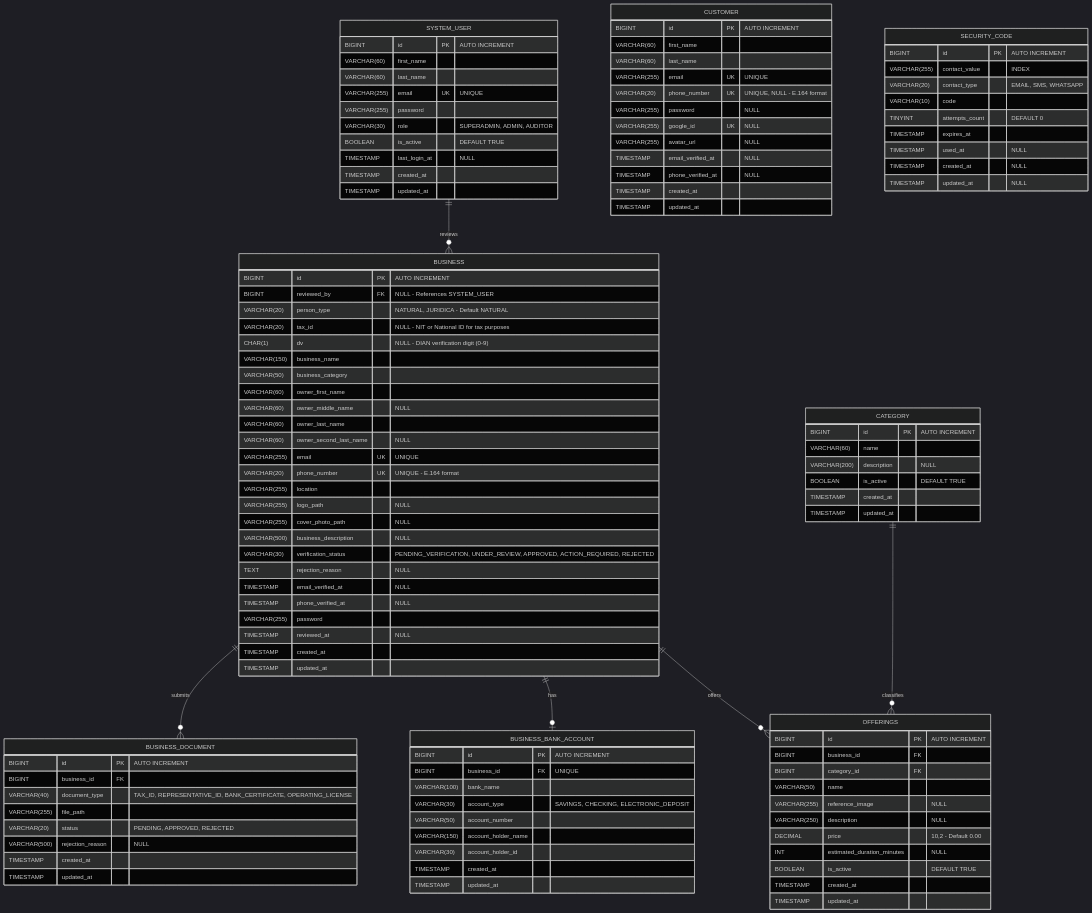
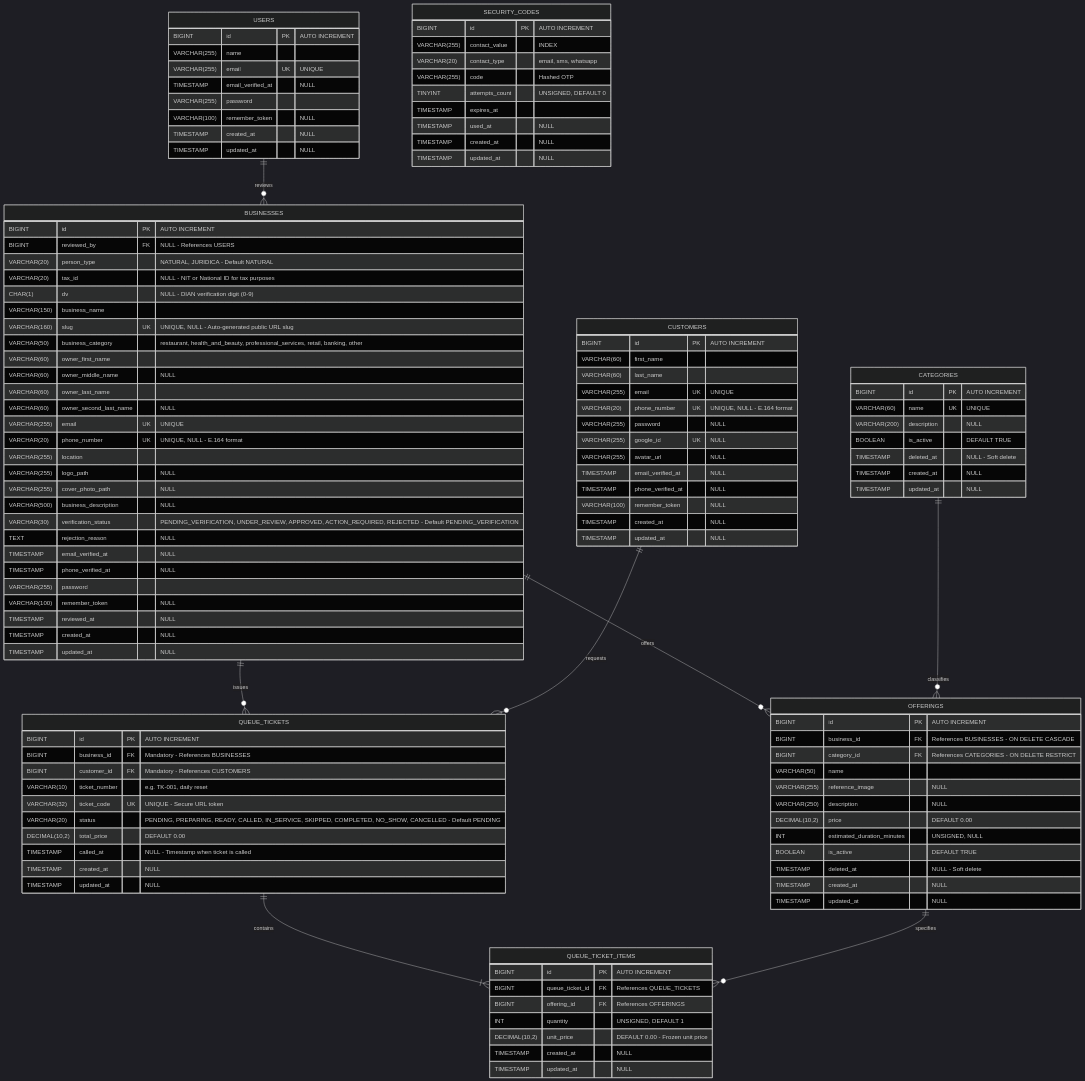
One commit to one-centavo/turnex changed the diagram in docs/design/database/entity-relationship-diagram.md. Above: the diagram before and after it, drawn with Mermaid (dark theme). The commit also changed 4 other files, not shown here.

Commit message:
docs(design): update database diagrams, class dictionary, and use case model

````diff
--- a/docs/design/database/entity-relationship-diagram.md
+++ b/docs/design/database/entity-relationship-diagram.md
@@ -1,25 +1,25 @@
 ```mermaid
 erDiagram
-SYSTEM_USER ||--o{ BUSINESS : reviews
-BUSINESS ||--o{ OFFERINGS : offers
-BUSINESS ||--o| BUSINESS_BANK_ACCOUNT : has
-BUSINESS ||--o{ BUSINESS_DOCUMENT : submits
-CATEGORY ||--o{ OFFERINGS : classifies
+USERS ||--o{ BUSINESSES : reviews
+BUSINESSES ||--o{ OFFERINGS : offers
+CATEGORIES ||--o{ OFFERINGS : classifies
+BUSINESSES ||--o{ QUEUE_TICKETS : issues
+CUSTOMERS ||--o{ QUEUE_TICKETS : requests
+QUEUE_TICKETS ||--|{ QUEUE_TICKET_ITEMS : contains
+OFFERINGS ||--o{ QUEUE_TICKET_ITEMS : specifies
 
-    SYSTEM_USER {
+    USERS {
         BIGINT id PK "AUTO INCREMENT"
-        VARCHAR(60) first_name
-        VARCHAR(60) last_name
+        VARCHAR(255) name
         VARCHAR(255) email UK "UNIQUE"
+        TIMESTAMP email_verified_at "NULL"
         VARCHAR(255) password
-        VARCHAR(30) role "SUPERADMIN, ADMIN, AUDITOR"
-        BOOLEAN is_active "DEFAULT TRUE"
-        TIMESTAMP last_login_at "NULL"
-        TIMESTAMP created_at
-        TIMESTAMP updated_at
+        VARCHAR(100) remember_token "NULL"
+        TIMESTAMP created_at "NULL"
+        TIMESTAMP updated_at "NULL"
     }
 
-    CUSTOMER {
+    CUSTOMERS {
         BIGINT id PK "AUTO INCREMENT"
         VARCHAR(60) first_name
         VARCHAR(60) last_name
@@ -30,93 +30,98 @@
         VARCHAR(255) avatar_url "NULL"
         TIMESTAMP email_verified_at "NULL"
         TIMESTAMP phone_verified_at "NULL"
-        TIMESTAMP created_at
-        TIMESTAMP updated_at
+        VARCHAR(100) remember_token "NULL"
+        TIMESTAMP created_at "NULL"
+        TIMESTAMP updated_at "NULL"
     }
 
-    BUSINESS {
+    BUSINESSES {
         BIGINT id PK "AUTO INCREMENT"
-        BIGINT reviewed_by FK "NULL - References SYSTEM_USER"
+        BIGINT reviewed_by FK "NULL - References USERS"
         VARCHAR(20) person_type "NATURAL, JURIDICA - Default NATURAL"
         VARCHAR(20) tax_id "NULL - NIT or National ID for tax purposes"
         CHAR(1) dv "NULL - DIAN verification digit (0-9)"
         VARCHAR(150) business_name
-        VARCHAR(50) business_category
+        VARCHAR(160) slug UK "UNIQUE, NULL - Auto-generated public URL slug"
+        VARCHAR(50) business_category "restaurant, health_and_beauty, professional_services, retail, banking, other"
         VARCHAR(60) owner_first_name
         VARCHAR(60) owner_middle_name "NULL"
         VARCHAR(60) owner_last_name
         VARCHAR(60) owner_second_last_name "NULL"
         VARCHAR(255) email UK "UNIQUE"
-        VARCHAR(20) phone_number UK "UNIQUE - E.164 format"
+        VARCHAR(20) phone_number UK "UNIQUE, NULL - E.164 format"
         VARCHAR(255) location
         VARCHAR(255) logo_path "NULL"
         VARCHAR(255) cover_photo_path "NULL"
         VARCHAR(500) business_description "NULL"
-        VARCHAR(30) verification_status "PENDING_VERIFICATION, UNDER_REVIEW, APPROVED, ACTION_REQUIRED, REJECTED"
+        VARCHAR(30) verification_status "PENDING_VERIFICATION, UNDER_REVIEW, APPROVED, ACTION_REQUIRED, REJECTED - Default PENDING_VERIFICATION"
         TEXT rejection_reason "NULL"
         TIMESTAMP email_verified_at "NULL"
         TIMESTAMP phone_verified_at "NULL"
         VARCHAR(255) password
+        VARCHAR(100) remember_token "NULL"
         TIMESTAMP reviewed_at "NULL"
-        TIMESTAMP created_at
-        TIMESTAMP updated_at
+        TIMESTAMP created_at "NULL"
+        TIMESTAMP updated_at "NULL"
     }
 
-    BUSINESS_BANK_ACCOUNT {
+    CATEGORIES {
         BIGINT id PK "AUTO INCREMENT"
-        BIGINT business_id FK "UNIQUE"
-        VARCHAR(100) bank_name
-        VARCHAR(30) account_type "SAVINGS, CHECKING, ELECTRONIC_DEPOSIT"
-        VARCHAR(50) account_number
-        VARCHAR(150) account_holder_name
-        VARCHAR(30) account_holder_id
-        TIMESTAMP created_at
-        TIMESTAMP updated_at
-    }
-
-    BUSINESS_DOCUMENT {
-        BIGINT id PK "AUTO INCREMENT"
-        BIGINT business_id FK
-        VARCHAR(40) document_type "TAX_ID, REPRESENTATIVE_ID, BANK_CERTIFICATE, OPERATING_LICENSE"
-        VARCHAR(255) file_path
-        VARCHAR(20) status "PENDING, APPROVED, REJECTED"
-        VARCHAR(500) rejection_reason "NULL"
-        TIMESTAMP created_at
-        TIMESTAMP updated_at
-    }
-
-    CATEGORY {
-        BIGINT id PK "AUTO INCREMENT"
-        VARCHAR(60) name
+        VARCHAR(60) name UK "UNIQUE"
         VARCHAR(200) description "NULL"
         BOOLEAN is_active "DEFAULT TRUE"
-        TIMESTAMP created_at
-        TIMESTAMP updated_at
+        TIMESTAMP deleted_at "NULL - Soft delete"
+        TIMESTAMP created_at "NULL"
+        TIMESTAMP updated_at "NULL"
     }
 
     OFFERINGS {
         BIGINT id PK "AUTO INCREMENT"
-        BIGINT business_id FK
-        BIGINT category_id FK
+        BIGINT business_id FK "References BUSINESSES - ON DELETE CASCADE"
+        BIGINT category_id FK "References CATEGORIES - ON DELETE RESTRICT"
         VARCHAR(50) name
         VARCHAR(255) reference_image "NULL"
         VARCHAR(250) description "NULL"
-        DECIMAL price "10,2 - Default 0.00"
-        INT estimated_duration_minutes "NULL"
+        DECIMAL(10,2) price "DEFAULT 0.00"
+        INT estimated_duration_minutes "UNSIGNED, NULL"
         BOOLEAN is_active "DEFAULT TRUE"
-        TIMESTAMP created_at
-        TIMESTAMP updated_at
+        TIMESTAMP deleted_at "NULL - Soft delete"
+        TIMESTAMP created_at "NULL"
+        TIMESTAMP updated_at "NULL"
     }
 
-    SECURITY_CODE {
+    SECURITY_CODES {
         BIGINT id PK "AUTO INCREMENT"
         VARCHAR(255) contact_value "INDEX"
-        VARCHAR(20) contact_type "EMAIL, SMS, WHATSAPP"
-        VARCHAR(10) code
-        TINYINT attempts_count "DEFAULT 0"
+        VARCHAR(20) contact_type "email, sms, whatsapp"
+        VARCHAR(255) code "Hashed OTP"
+        TINYINT attempts_count "UNSIGNED, DEFAULT 0"
         TIMESTAMP expires_at
         TIMESTAMP used_at "NULL"
         TIMESTAMP created_at "NULL"
         TIMESTAMP updated_at "NULL"
     }
+
+    QUEUE_TICKETS {
+        BIGINT id PK "AUTO INCREMENT"
+        BIGINT business_id FK "Mandatory - References BUSINESSES"
+        BIGINT customer_id FK "Mandatory - References CUSTOMERS"
+        VARCHAR(10) ticket_number "e.g. TK-001, daily reset"
+        VARCHAR(32) ticket_code UK "UNIQUE - Secure URL token"
+        VARCHAR(20) status "PENDING, PREPARING, READY, CALLED, IN_SERVICE, SKIPPED, COMPLETED, NO_SHOW, CANCELLED - Default PENDING"
+        DECIMAL(10,2) total_price "DEFAULT 0.00"
+        TIMESTAMP called_at "NULL - Timestamp when ticket is called"
+        TIMESTAMP created_at "NULL"
+        TIMESTAMP updated_at "NULL"
+    }
+
+    QUEUE_TICKET_ITEMS {
+        BIGINT id PK "AUTO INCREMENT"
+        BIGINT queue_ticket_id FK "References QUEUE_TICKETS"
+        BIGINT offering_id FK "References OFFERINGS"
+        INT quantity "UNSIGNED, DEFAULT 1"
+        DECIMAL(10,2) unit_price "DEFAULT 0.00 - Frozen unit price"
+        TIMESTAMP created_at "NULL"
+        TIMESTAMP updated_at "NULL"
+    }
 ```
````
